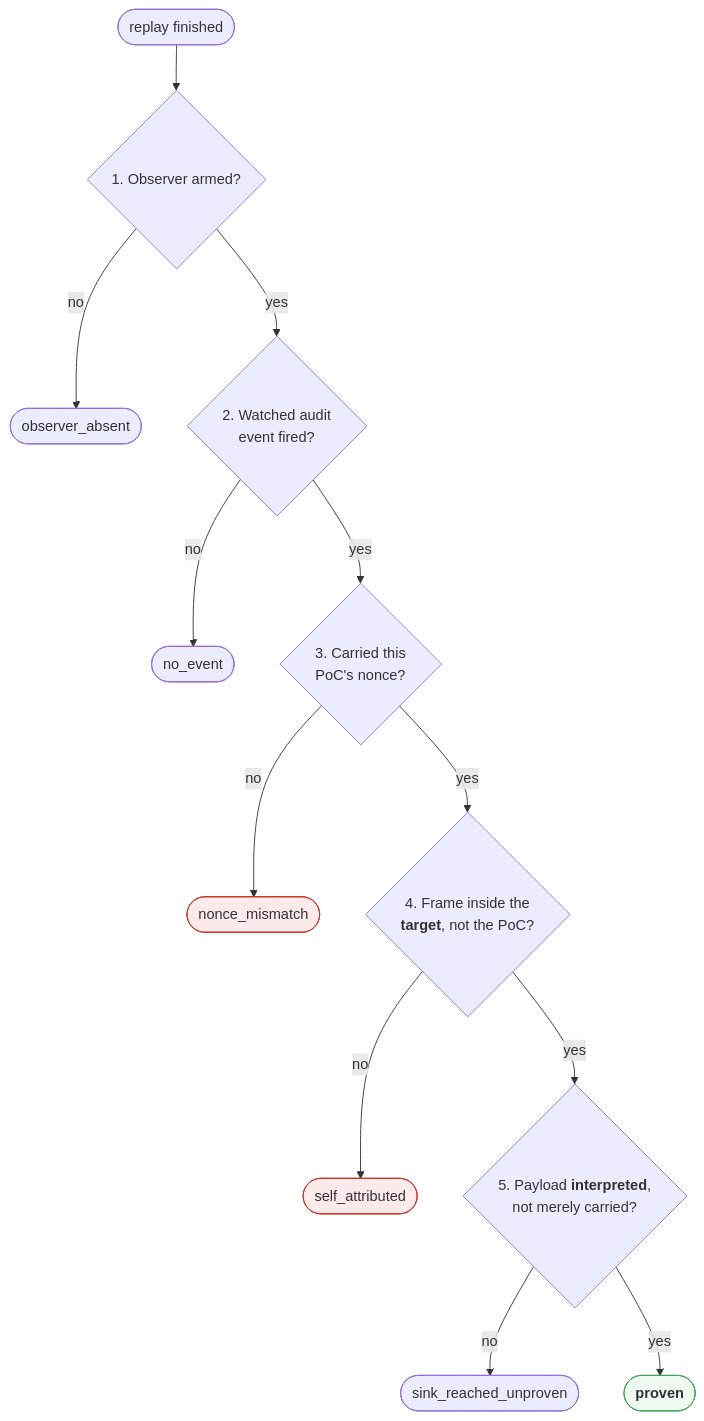
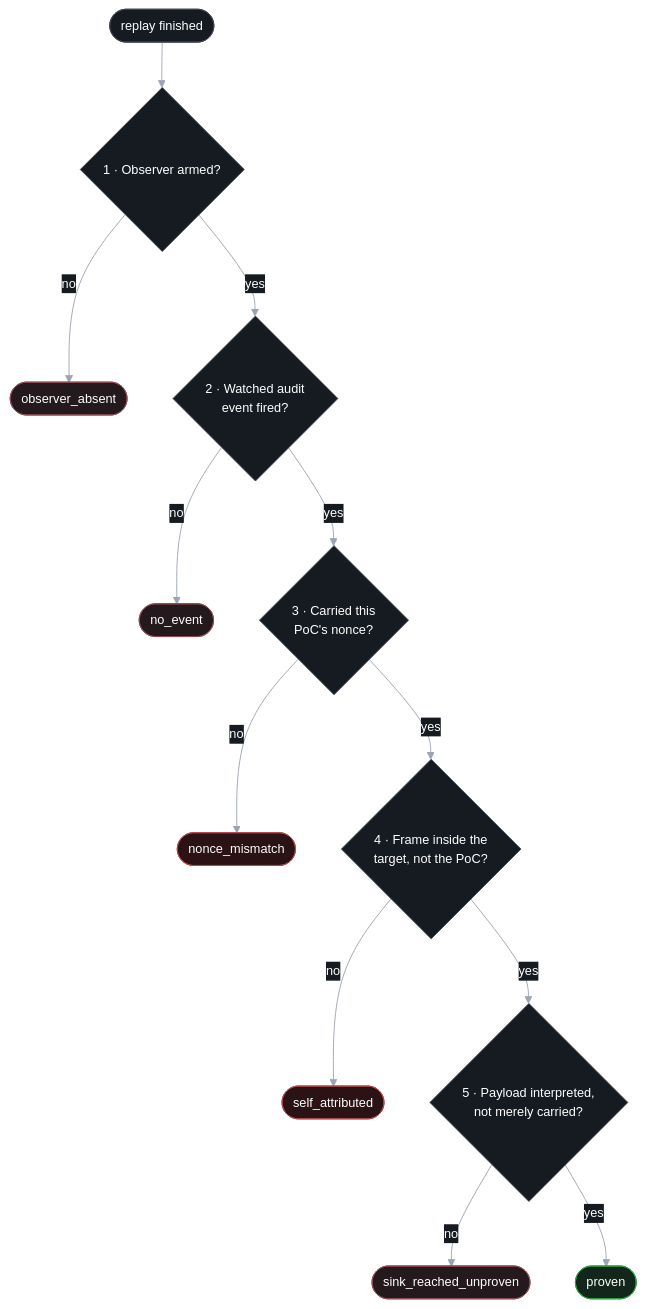
Before and after one commit to 0xsharz/pyhunt: the third of 4 diagrams in README.md, drawn with Mermaid. The commit also changed other lines of this file and 1 other file, not shown here.

````diff
--- a/README.md
+++ b/README.md
@@ -323,18 +389,24 @@
 ```mermaid
+%%{init: {"theme":"base","themeVariables":{"background":"#0d1117","primaryColor":"#161b22","primaryTextColor":"#ffffff","primaryBorderColor":"#3d444d","lineColor":"#9aa4b2","secondaryColor":"#1c2128","tertiaryColor":"#21262d","mainBkg":"#161b22","textColor":"#ffffff","nodeTextColor":"#ffffff","edgeLabelBackground":"#161b22","fontSize":"14px"}}}%%
 flowchart TD
-    S(["replay finished"]) --> C1{"1. Observer armed?"}
+    S(["replay finished"]) --> C1{"1 · Observer armed?"}
     C1 -->|no| O6(["observer_absent"])
-    C1 -->|yes| C2{"2. Watched audit<br/>event fired?"}
+    C1 -->|yes| C2{"2 · Watched audit<br/>event fired?"}
     C2 -->|no| O5(["no_event"])
-    C2 -->|yes| C3{"3. Carried this<br/>PoC's nonce?"}
+    C2 -->|yes| C3{"3 · Carried this<br/>PoC's nonce?"}
     C3 -->|no| O4(["nonce_mismatch"])
-    C3 -->|yes| C4{"4. Frame inside the<br/><b>target</b>, not the PoC?"}
+    C3 -->|yes| C4{"4 · Frame inside the<br/>target, not the PoC?"}
     C4 -->|no| O3(["self_attributed"])
-    C4 -->|yes| C5{"5. Payload <b>interpreted</b>,<br/>not merely carried?"}
+    C4 -->|yes| C5{"5 · Payload interpreted,<br/>not merely carried?"}
     C5 -->|no| O2(["sink_reached_unproven"])
-    C5 -->|yes| O1(["<b>proven</b>"])
+    C5 -->|yes| O1(["proven"])
 
-    style O1 fill:#eefaf0,stroke:#3fa15c
-    style O3 fill:#fdeaea,stroke:#c0392b
-    style O4 fill:#fdeaea,stroke:#c0392b
+    classDef step fill:#161b22,stroke:#3d444d,color:#ffffff
+    classDef fail fill:#241a1d,stroke:#8f4a52,color:#ffffff
+    classDef hard fill:#2a1215,stroke:#b3474f,color:#ffffff
+    classDef good fill:#12261c,stroke:#2ea043,color:#ffffff
+    class S,C1,C2,C3,C4,C5 step
+    class O5,O6,O2 fail
+    class O3,O4 hard
+    class O1 good
 ```
````
